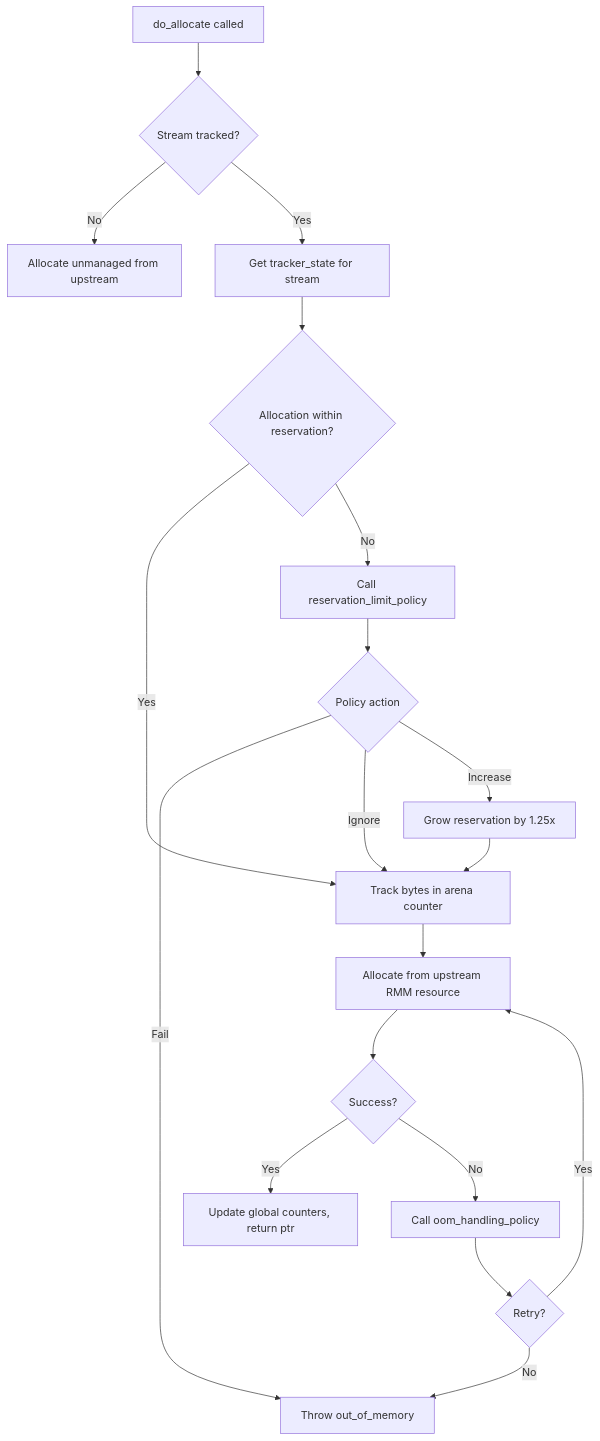
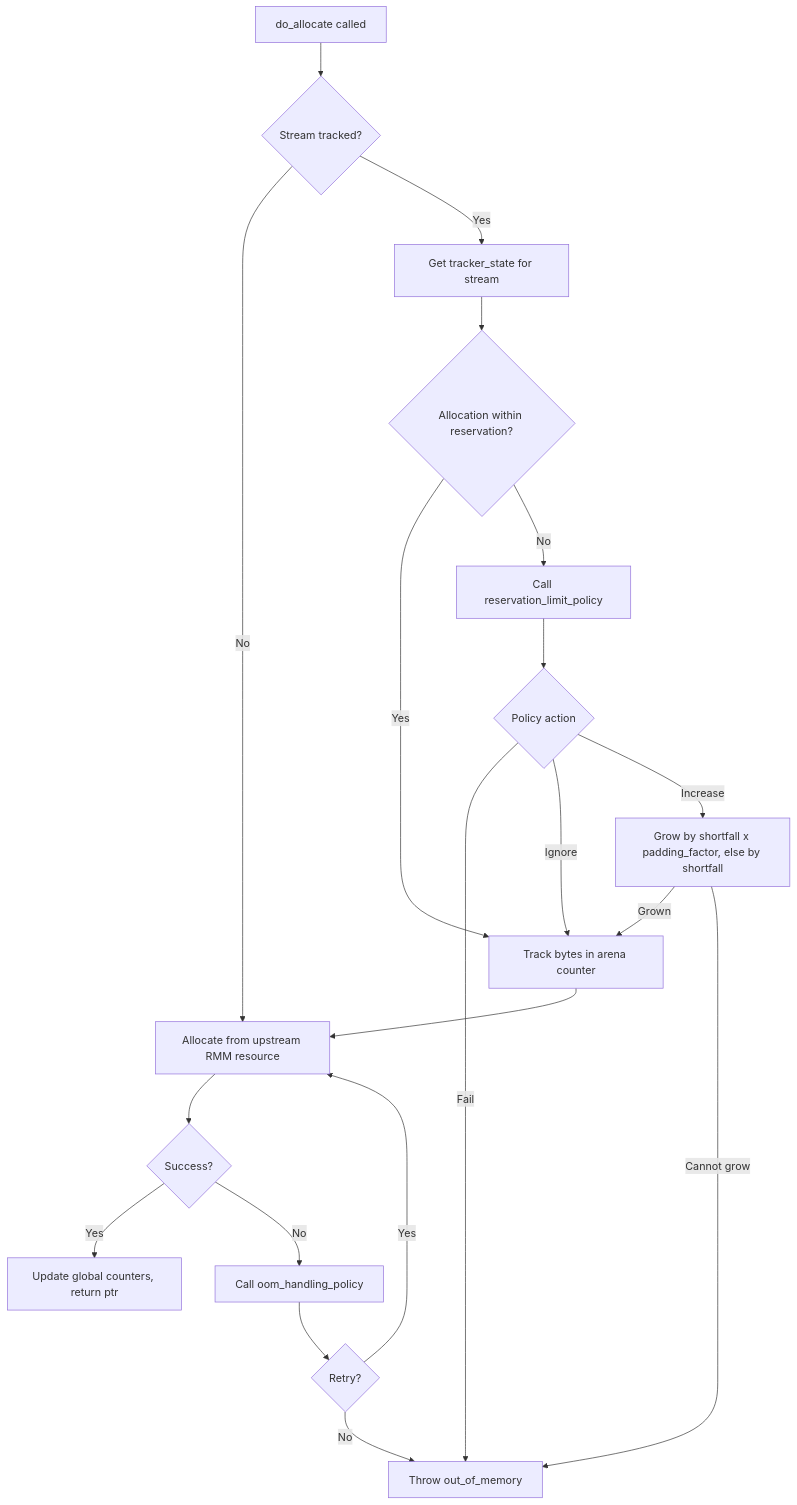
Before and after one commit to NVIDIA/cuCascade: the diagram in docs/memory-management.md, drawn with Mermaid. The commit also changed other lines of this file and 11 other files, not shown here.

````diff
--- a/docs/memory-management.md
+++ b/docs/memory-management.md
@@ -268,21 +268,22 @@
 ```mermaid
 flowchart TD
     A[do_allocate called] --> B{Stream tracked?}
-    B -->|No| C[Allocate unmanaged from upstream]
+    B -->|No| K
     B -->|Yes| D[Get tracker_state for stream]
     D --> E{Allocation within reservation?}
     E -->|Yes| F[Track bytes in arena counter]
     E -->|No| G[Call reservation_limit_policy]
     G --> H{Policy action}
     H -->|Fail| I[Throw out_of_memory]
     H -->|Ignore| F
-    H -->|Increase| J[Grow reservation by 1.25x]
-    J --> F
+    H -->|Increase| J[Grow by shortfall x padding_factor, else by shortfall]
+    J -->|Grown| F
+    J -->|Cannot grow| I
     F --> K[Allocate from upstream RMM resource]
     K --> L{Success?}
     L -->|Yes| M[Update global counters, return ptr]
     L -->|No| N[Call oom_handling_policy]
     N --> O{Retry?}
     O -->|Yes| K
     O -->|No| I
 ```
````
